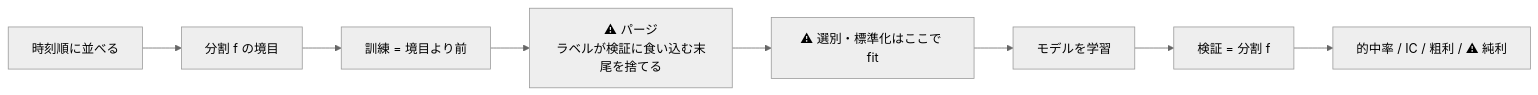
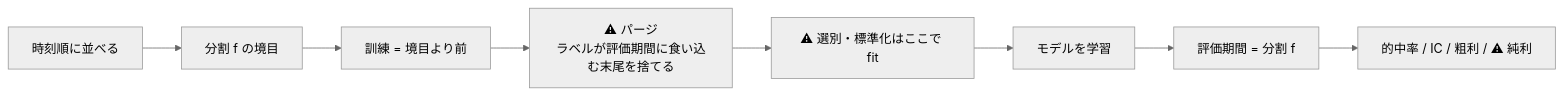
Before and after one commit to akiraak/ai-income-lab: the seventh of 17 diagrams in docs/specs/experiments/feature-discovery/rules.md, drawn with Mermaid (neutral theme). The commit also changed other lines of this file and 52 other files, not shown here.

````diff
--- a/docs/specs/experiments/feature-discovery/rules.md
+++ b/docs/specs/experiments/feature-discovery/rules.md
@@ -314,10 +314,10 @@
 ```mermaid
 flowchart LR
   P["時刻順に並べる"] --> S["分割 f の境目"]
   S --> T["訓練 = 境目より前"]
-  T --> PU["⚠ パージ<br/>ラベルが検証に食い込む末尾を捨てる"]
+  T --> PU["⚠ パージ<br/>ラベルが評価期間に食い込む末尾を捨てる"]
   PU --> SEL["⚠ 選別・標準化はここで fit"]
   SEL --> M["モデルを学習"]
-  M --> TE["検証 = 分割 f"]
+  M --> TE["評価期間 = 分割 f"]
   TE --> R["的中率 / IC / 粗利 / ⚠ 純利"]
 ```
````
